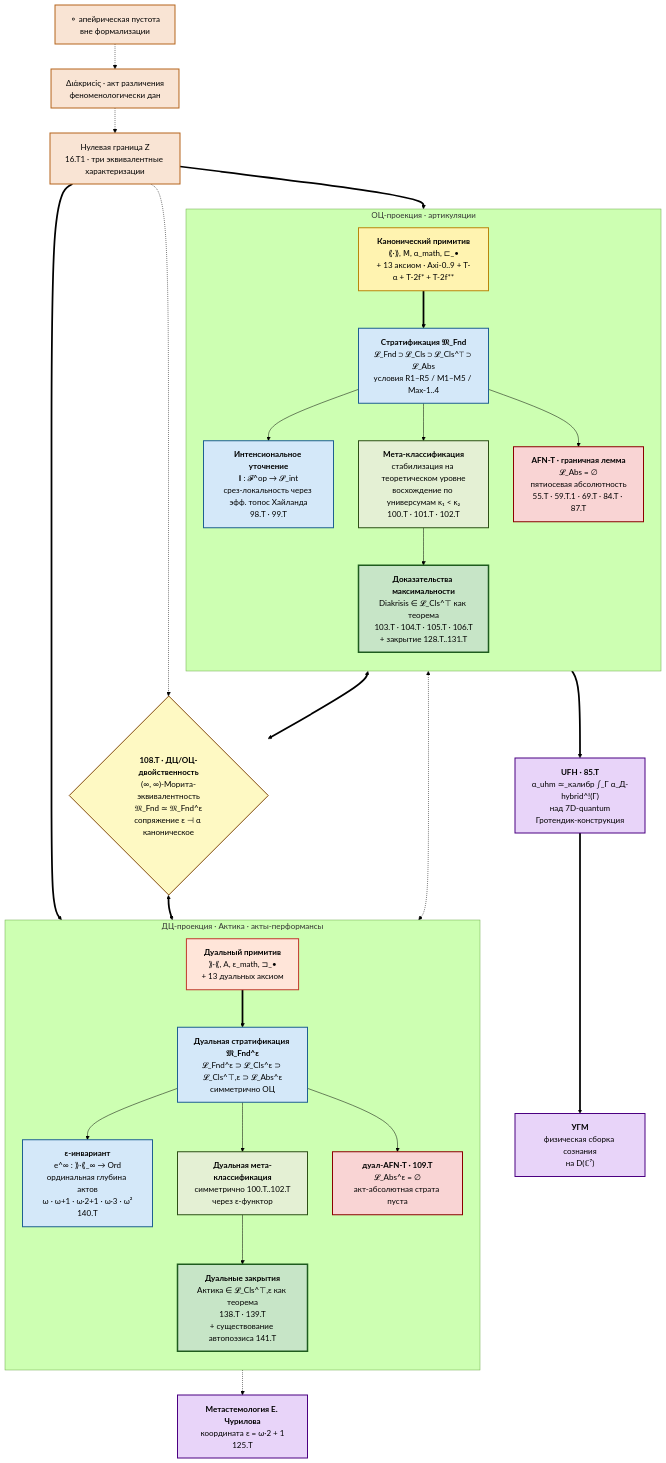
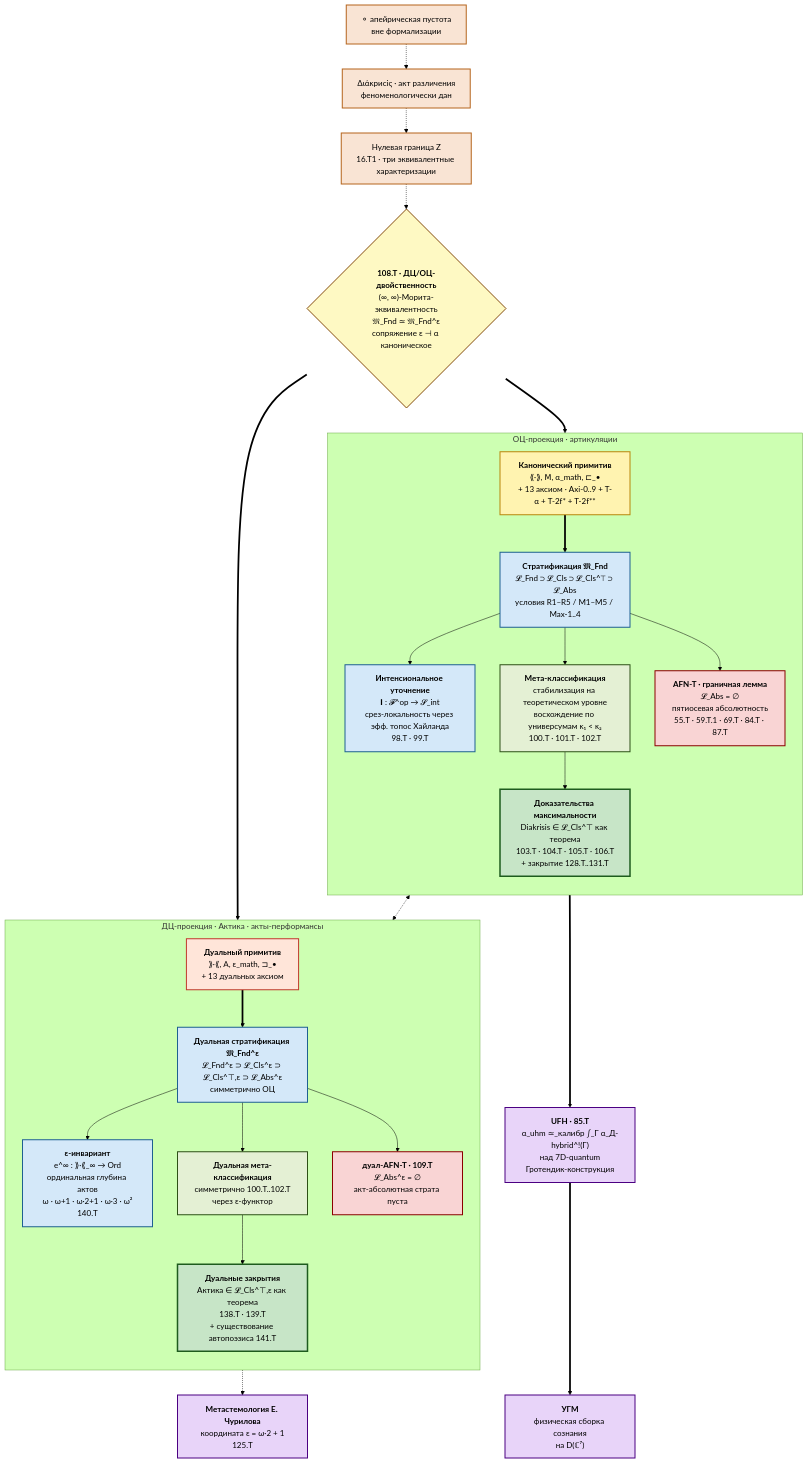
The first of 7 diagrams in docs/intro.md (gst-st/diakrisis), drawn with Mermaid (forest theme) before and after one commit.

Commit message:
diakrisis: center the four-node phenomenological column over the diagram
Chain APEIRON → DIAKRISIS → Z → DUALITY into a single central column
and branch DUALITY → PRIM_OC, PRIM_AC outward; OC and AC subgraphs
spread symmetrically below. Removes the empty space above the 108.T
diamond and aligns the top four blocks at the SVG center.

````diff
--- a/docs/intro.md
+++ b/docs/intro.md
@@ -19,67 +19,64 @@
 ```mermaid
 flowchart TB
     classDef phen fill:#f9e4d4,stroke:#b5651d,stroke-width:2px,color:#000
     classDef oc fill:#fff3b0,stroke:#b8860b,stroke-width:2px,color:#000
     classDef ac fill:#ffe5d9,stroke:#c0392b,stroke-width:2px,color:#000
     classDef struct fill:#d4e8f9,stroke:#1e6091,stroke-width:2px,color:#000
     classDef meta fill:#e4f0d4,stroke:#2d5016,stroke-width:2px,color:#000
     classDef max fill:#c7e5c7,stroke:#1e5c1e,stroke-width:3px,color:#000
     classDef bound fill:#f9d4d4,stroke:#8b0000,stroke-width:2px,color:#000
     classDef asm fill:#e8d4f9,stroke:#4b0082,stroke-width:2px,color:#000
     classDef bridge fill:#fef9c3,stroke:#854d0e,stroke-width:2px,color:#000
 
     APEIRON["⚬ апейрическая пустота<br/>вне формализации"]:::phen
     DIAKRISIS["Διάκрисіς · акт различения<br/>феноменологически дан"]:::phen
     Z["Нулевая граница Z<br/>16.T1 · три эквивалентные характеризации"]:::phen
 
     subgraph OC ["ОЦ-проекция · артикуляции"]
         direction TB
         PRIM_OC["<b>Канонический примитив</b><br/>⟪·⟫, 𝖬, α_math, ⊏_•<br/>+ 13 аксиом · Axi-0..9 + T-α + T-2f* + T-2f**"]:::oc
         STRAT_OC["<b>Стратификация 𝔐_Fnd</b><br/>𝓛_Fnd ⊃ 𝓛_Cls ⊃ 𝓛_Cls^⊤ ⊃ 𝓛_Abs<br/>условия R1–R5 / M1–M5 / Max-1..4"]:::struct
         INT_OC["<b>Интенсиональное уточнение</b><br/>𝐈 : 𝓕^op → 𝓢_int<br/>срез-локальность через эфф. топос Хайланда<br/>98.T · 99.T"]:::struct
         META_OC["<b>Мета-классификация</b><br/>стабилизация на теоретическом уровне<br/>восхождение по универсумам κ₁ &lt; κ₂<br/>100.T · 101.T · 102.T"]:::meta
         MAX_OC["<b>Доказательства максимальности</b><br/>Diakrisis ∈ 𝓛_Cls^⊤ как теорема<br/>103.T · 104.T · 105.T · 106.T<br/>+ закрытие 128.T..131.T"]:::max
         BOUND_OC["<b>AFN-T · граничная лемма</b><br/>𝓛_Abs = ∅<br/>пятиосевая абсолютность<br/>55.T · 59.T.1 · 69.T · 84.T · 87.T"]:::bound
     end
 
     subgraph AC ["ДЦ-проекция · Актика · акты-перформансы"]
         direction TB
         PRIM_AC["<b>Дуальный примитив</b><br/>⟫·⟪, 𝖠, ε_math, ⊐_•<br/>+ 13 дуальных аксиом"]:::ac
         STRAT_AC["<b>Дуальная стратификация 𝔐_Fnd^ε</b><br/>𝓛_Fnd^ε ⊃ 𝓛_Cls^ε ⊃ 𝓛_Cls^⊤,ε ⊃ 𝓛_Abs^ε<br/>симметрично ОЦ"]:::struct
         EPS["<b>ε-инвариант</b><br/>e^∞ : ⟫·⟪_∞ → Ord<br/>ординальная глубина актов<br/>ω · ω+1 · ω·2+1 · ω·3 · ω²<br/>140.T"]:::struct
         META_AC["<b>Дуальная мета-классификация</b><br/>симметрично 100.T..102.T<br/>через ε-функтор"]:::meta
         MAX_AC["<b>Дуальные закрытия</b><br/>Актика ∈ 𝓛_Cls^⊤,ε как теорема<br/>138.T · 139.T<br/>+ существование автопоэзиса 141.T"]:::max
         BOUND_AC["<b>дуал-AFN-T · 109.T</b><br/>𝓛_Abs^ε = ∅<br/>акт-абсолютная страта пуста"]:::bound
     end
 
     DUALITY{"<b>108.T · ДЦ/ОЦ-двойственность</b><br/>(∞, ∞)-Морита-эквивалентность<br/>𝔐_Fnd ≃ 𝔐_Fnd^ε<br/>сопряжение ε ⊣ α каноническое"}:::bridge
 
     UFH["<b>UFH · 85.T</b><br/>α_uhm ≃_калибр ∫_Γ α_Д-hybrid^!(Γ)<br/>над 7D-quantum<br/>Гротендик-конструкция"]:::asm
     UHM["<b>УГМ</b><br/>физическая сборка сознания<br/>на D(ℂ⁷)"]:::asm
     METASTEM["<b>Метастемология Е. Чурилова</b><br/>координата ε = ω·2 + 1<br/>125.T"]:::asm
 
-    APEIRON -.-> DIAKRISIS -.-> Z
-    Z ==> PRIM_OC
-    Z -.-> DUALITY
-    Z ==> PRIM_AC
+    APEIRON -.-> DIAKRISIS -.-> Z -.-> DUALITY
 
     PRIM_OC ==> STRAT_OC
     STRAT_OC --> INT_OC
     STRAT_OC --> META_OC
     META_OC --> MAX_OC
     STRAT_OC --> BOUND_OC
 
     PRIM_AC ==> STRAT_AC
     STRAT_AC --> EPS
     STRAT_AC --> META_AC
     META_AC --> MAX_AC
     STRAT_AC --> BOUND_AC
 
-    PRIM_OC <==> DUALITY
-    DUALITY <==> PRIM_AC
+    DUALITY ==> PRIM_OC
+    DUALITY ==> PRIM_AC
     BOUND_OC <-.-> BOUND_AC
 
     STRAT_OC ==> UFH
     UFH ==> UHM
     STRAT_AC -.-> METASTEM
 ```
````
